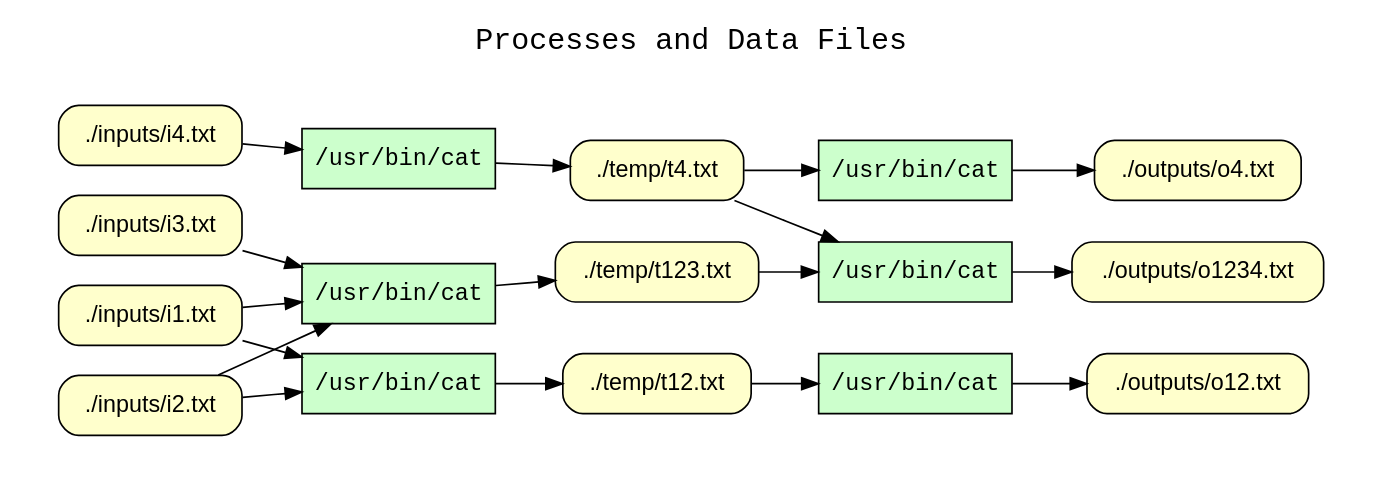
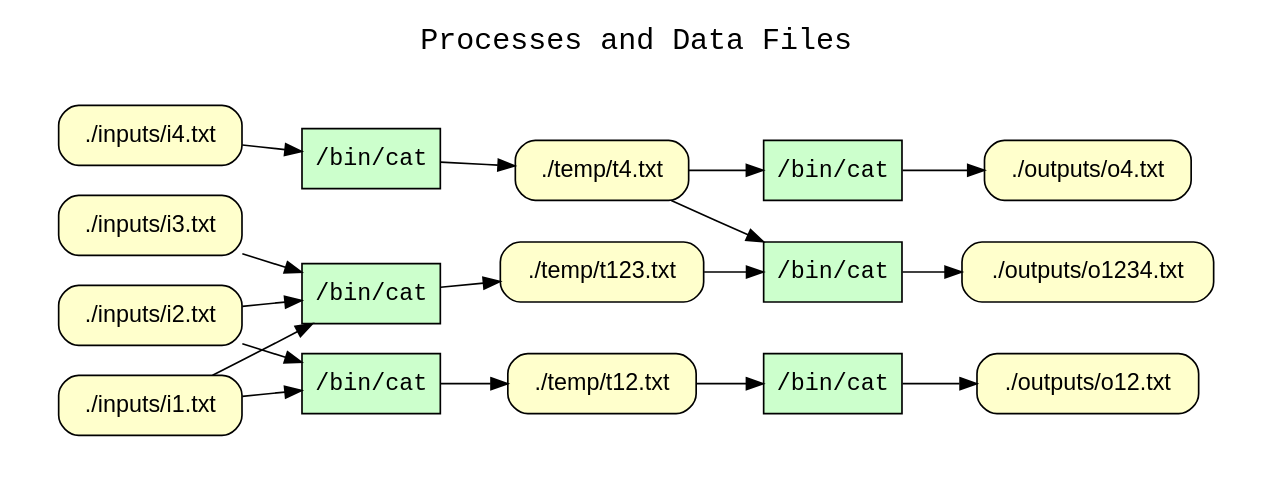
The diagram in examples/01-xsb-examples/08-branched-pipeline/graphs.d/cpr_processes_and_data_files.dot (CIRSS/cpr-demo-2021), drawn with Graphviz before and after one commit. The commit also changed 16 other files, not shown here.

```diff
--- a/examples/01-xsb-examples/08-branched-pipeline/graphs.d/cpr_processes_and_data_files.dot
+++ b/examples/01-xsb-examples/08-branched-pipeline/graphs.d/cpr_processes_and_data_files.dot
@@ -1,43 +1,43 @@
 
 digraph cpr_run {
 rankdir=LR
 fontname=Courier; fontsize=18; labelloc=t
 label="Processes and Data Files"
 subgraph cluster_inputs { label=""; color=white; penwidth=0
 subgraph cluster_inputs_inner { label=""; color=white
 node[shape=box style="filled" fillcolor="#CCFFCC" peripheries=1 fontname=Courier]
-"exe:e7" [label="/usr/bin/cat"]
-"exe:e6" [label="/usr/bin/cat"]
-"exe:e5" [label="/usr/bin/cat"]
-"exe:e4" [label="/usr/bin/cat"]
-"exe:e3" [label="/usr/bin/cat"]
-"exe:e2" [label="/usr/bin/cat"]
+"exe:e7" [label="/bin/cat"]
+"exe:e6" [label="/bin/cat"]
+"exe:e5" [label="/bin/cat"]
+"exe:e4" [label="/bin/cat"]
+"exe:e3" [label="/bin/cat"]
+"exe:e2" [label="/bin/cat"]
 node[shape=box style="rounded,filled" fillcolor="#FFFFCC" peripheries=1 fontname=Helvetica]
-"access:i18" [label="./inputs/i3.txt"]
-"access:i19" [label="./temp/t4.txt"]
-"access:i20" [label="./inputs/i4.txt"]
+"access:i24" [label="./outputs/o4.txt"]
+"access:i17" [label="./inputs/i2.txt"]
+"access:i18" [label="./temp/t123.txt"]
+"access:i19" [label="./inputs/i3.txt"]
+"access:i20" [label="./temp/t4.txt"]
+"access:i21" [label="./inputs/i4.txt"]
 "access:i9" [label="./temp/t12.txt"]
-"access:i21" [label="./outputs/o12.txt"]
-"access:i22" [label="./outputs/o1234.txt"]
-"access:i15" [label="./inputs/i1.txt"]
-"access:i23" [label="./outputs/o4.txt"]
-"access:i16" [label="./inputs/i2.txt"]
-"access:i17" [label="./temp/t123.txt"]
-"exe:e7" -> "access:i23"
-"exe:e6" -> "access:i22"
-"exe:e5" -> "access:i21"
-"exe:e4" -> "access:i19"
-"exe:e3" -> "access:i17"
+"access:i22" [label="./outputs/o12.txt"]
+"access:i23" [label="./outputs/o1234.txt"]
+"access:i16" [label="./inputs/i1.txt"]
+"exe:e7" -> "access:i24"
+"exe:e6" -> "access:i23"
+"exe:e5" -> "access:i22"
+"exe:e4" -> "access:i20"
+"exe:e3" -> "access:i18"
 "exe:e2" -> "access:i9"
-"access:i19" -> "exe:e7"
-"access:i17" -> "exe:e6"
-"access:i19" -> "exe:e6"
+"access:i20" -> "exe:e7"
+"access:i18" -> "exe:e6"
+"access:i20" -> "exe:e6"
 "access:i9" -> "exe:e5"
-"access:i20" -> "exe:e4"
-"access:i15" -> "exe:e3"
+"access:i21" -> "exe:e4"
 "access:i16" -> "exe:e3"
-"access:i18" -> "exe:e3"
-"access:i15" -> "exe:e2"
+"access:i17" -> "exe:e3"
+"access:i19" -> "exe:e3"
 "access:i16" -> "exe:e2"
+"access:i17" -> "exe:e2"
 }}
 }
```
